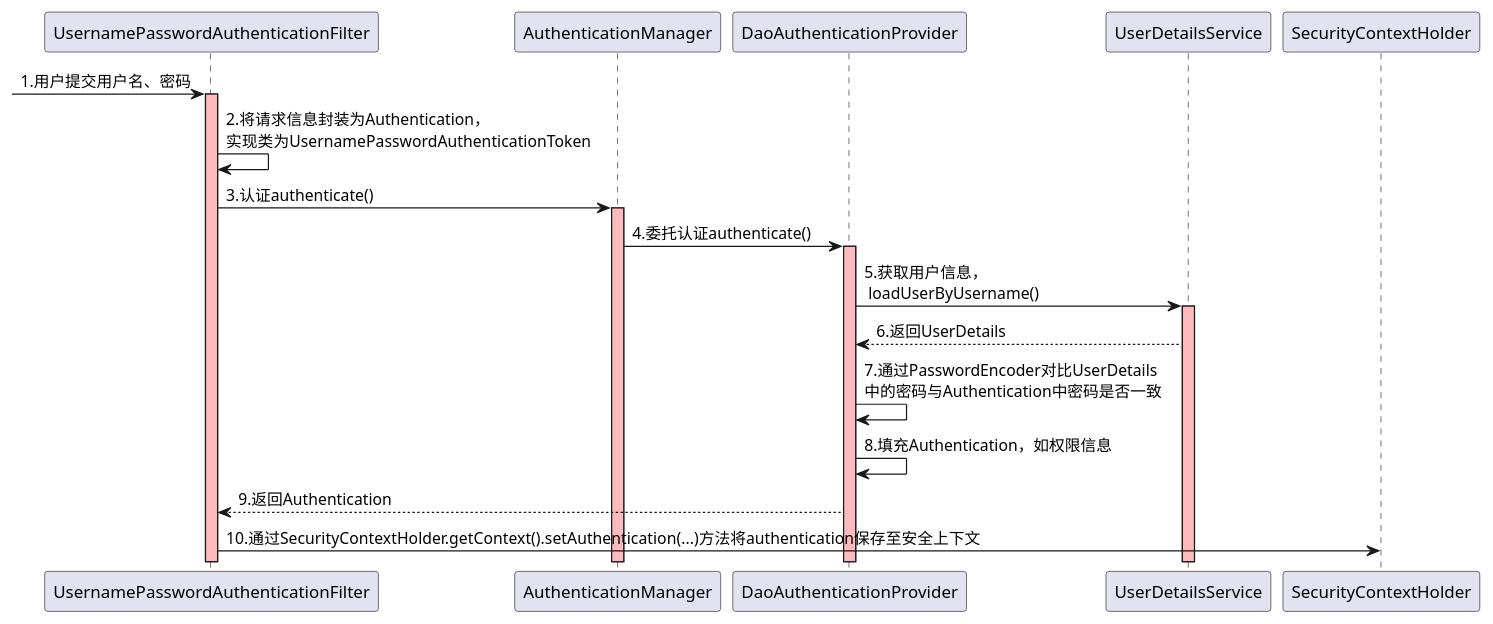
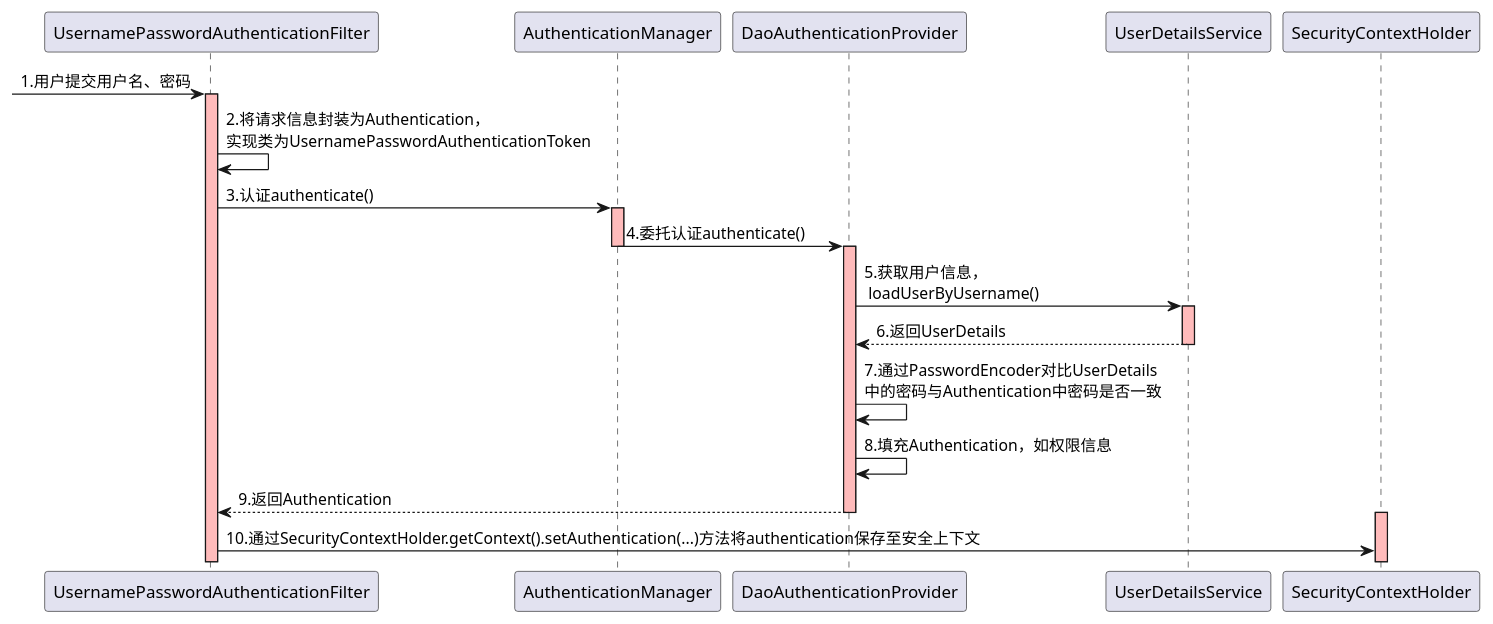
Before and after one commit to scheno/spring-security: the diagram in UML/SpringSecurityAuthenticationFlow.puml, drawn with PlantUML. The commit also changed 4 other files, not shown here.

Commit message:
更新类图和流程图

```diff
--- a/UML/SpringSecurityAuthenticationFlow.puml
+++ b/UML/SpringSecurityAuthenticationFlow.puml
@@ -1,25 +1,29 @@
 @startuml
 
 -> UsernamePasswordAuthenticationFilter : 1.用户提交用户名、密码
+
 activate UsernamePasswordAuthenticationFilter #FFBBBB
-
 UsernamePasswordAuthenticationFilter -> UsernamePasswordAuthenticationFilter : 2.将请求信息封装为Authentication，\n实现类为UsernamePasswordAuthenticationToken
 UsernamePasswordAuthenticationFilter -> AuthenticationManager : 3.认证authenticate()
 activate AuthenticationManager #FFBBBB
 
 AuthenticationManager -> DaoAuthenticationProvider : 4.委托认证authenticate()
+deactivate AuthenticationManager
+
 activate DaoAuthenticationProvider #FFBBBB
+DaoAuthenticationProvider -> UserDetailsService : 5.获取用户信息，\n loadUserByUsername()
 
-DaoAuthenticationProvider -> UserDetailsService : 5.获取用户信息，\n loadUserByUsername()
 activate UserDetailsService #FFBBBB
-
 UserDetailsService --> DaoAuthenticationProvider : 6.返回UserDetails
+deactivate UserDetailsService
 
 DaoAuthenticationProvider -> DaoAuthenticationProvider : 7.通过PasswordEncoder对比UserDetails\n中的密码与Authentication中密码是否一致
 DaoAuthenticationProvider -> DaoAuthenticationProvider : 8.填充Authentication，如权限信息
 DaoAuthenticationProvider --> UsernamePasswordAuthenticationFilter : 9.返回Authentication
+deactivate DaoAuthenticationProvider
 
+activate SecurityContextHolder #FFBBBB
 UsernamePasswordAuthenticationFilter -> SecurityContextHolder : 10.通过SecurityContextHolder.getContext().setAuthentication(...)方法将authentication保存至安全上下文
 
 
 @enduml
```
